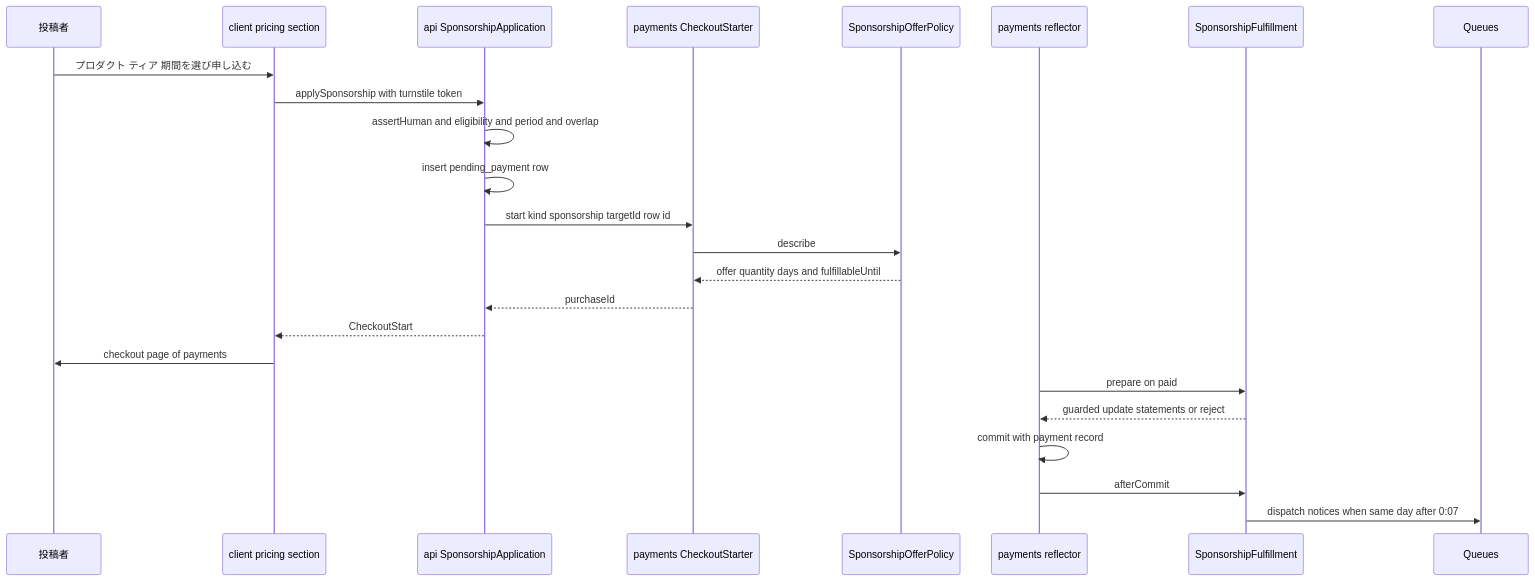
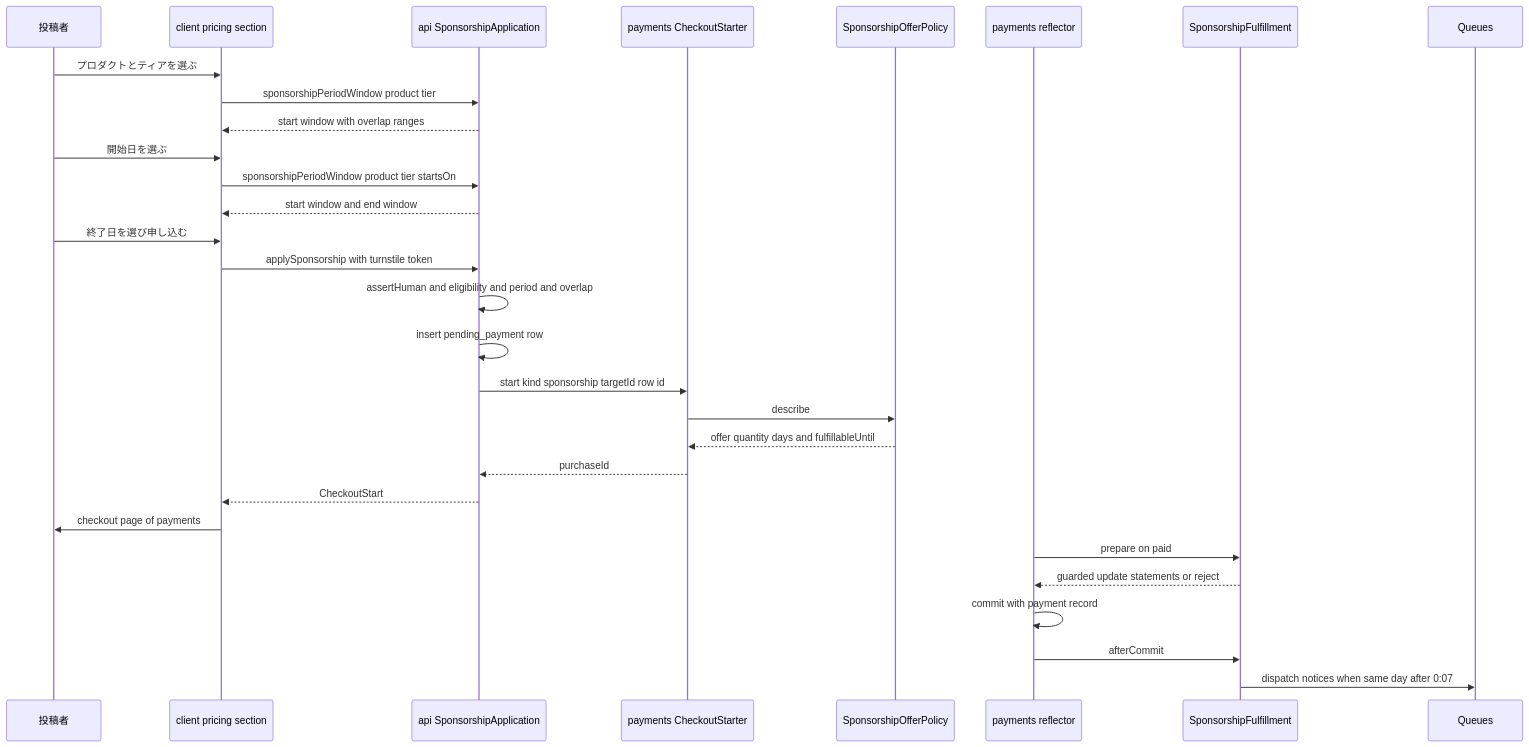
The second of 8 diagrams in .kiro/specs/sponsorship/design.md (kurachiweb/genai-example-2-launch-platform), drawn with Mermaid before and after one commit. The commit also changed other lines of this file and 4 other files, not shown here.

````diff
--- a/.kiro/specs/sponsorship/design.md
+++ b/.kiro/specs/sponsorship/design.md
@@ -349,26 +385,32 @@
 ```mermaid
 sequenceDiagram
     participant U as 投稿者
     participant C as client pricing section
     participant A as api SponsorshipApplication
     participant P as payments CheckoutStarter
     participant O as SponsorshipOfferPolicy
     participant R as payments reflector
     participant F as SponsorshipFulfillment
     participant Q as Queues
-    U->>C: プロダクト ティア 期間を選び申し込む
+    U->>C: プロダクトとティアを選ぶ
+    C->>A: sponsorshipPeriodWindow product tier
+    A-->>C: start window with overlap ranges
+    U->>C: 開始日を選ぶ
+    C->>A: sponsorshipPeriodWindow product tier startsOn
+    A-->>C: start window and end window
+    U->>C: 終了日を選び申し込む
     C->>A: applySponsorship with turnstile token
     A->>A: assertHuman and eligibility and period and overlap
     A->>A: insert pending_payment row
     A->>P: start kind sponsorship targetId row id
     P->>O: describe
     O-->>P: offer quantity days and fulfillableUntil
     P-->>A: purchaseId
     A-->>C: CheckoutStart
     C->>U: checkout page of payments
     R->>F: prepare on paid
     F-->>R: guarded update statements or reject
     R->>R: commit with payment record
     R->>F: afterCommit
     F->>Q: dispatch notices when same day after 0:07
 ```
````
